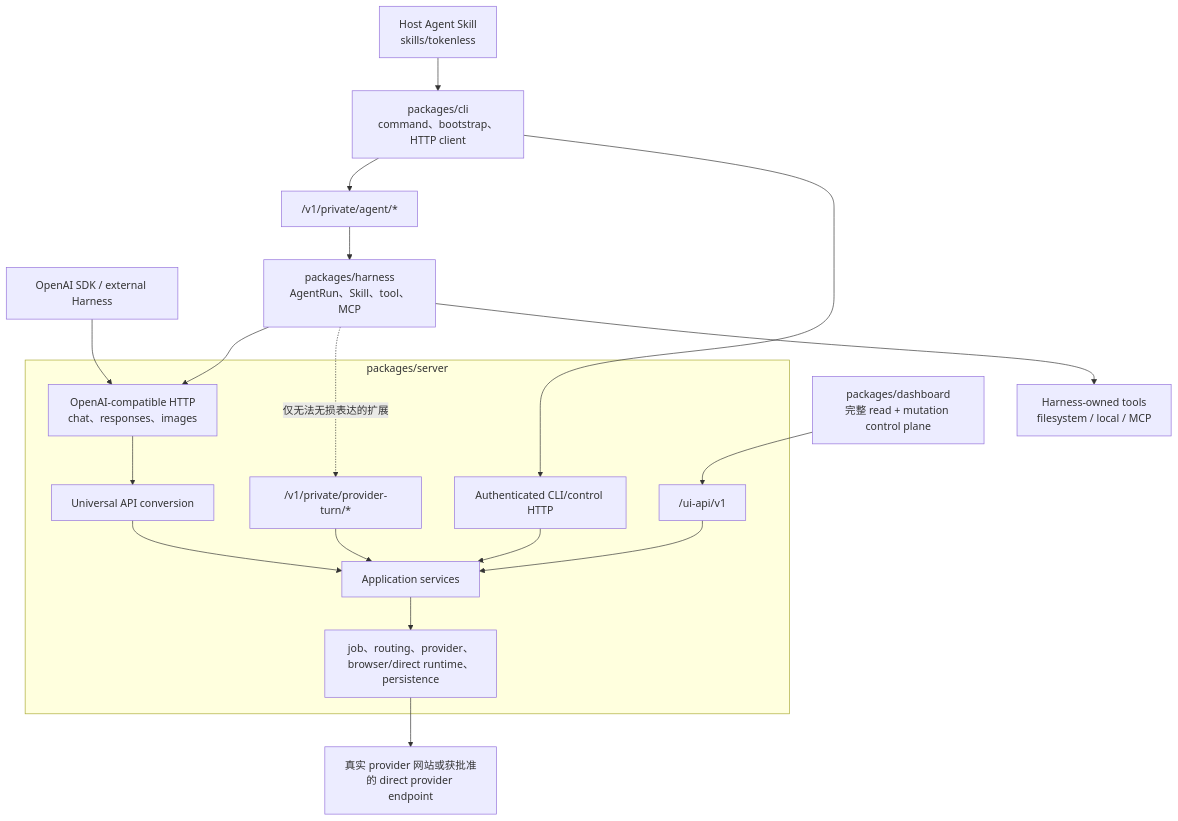
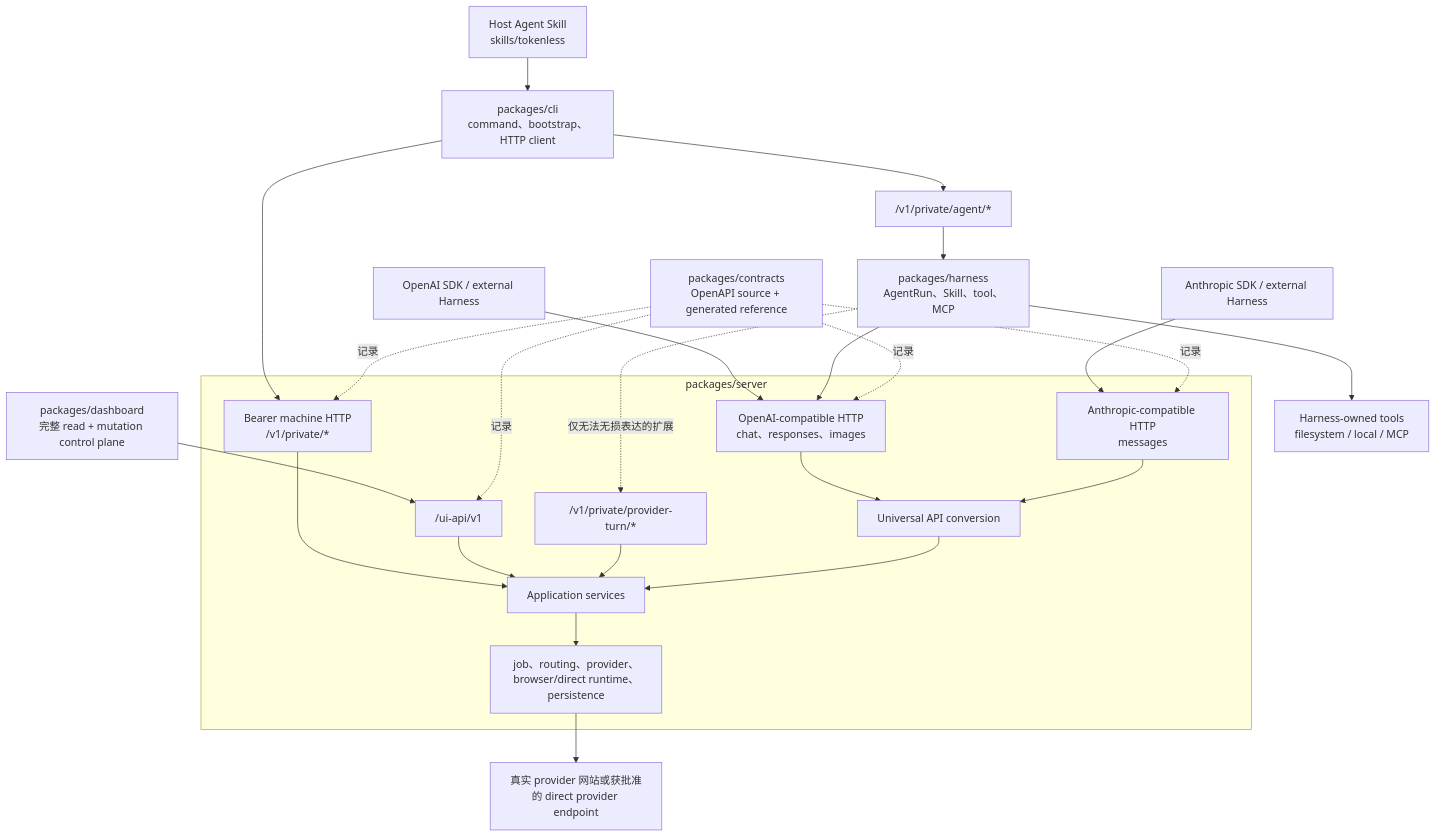
The diagram in docs/architecture.zh-CN.md (jazelly/tokenless), drawn with Mermaid before and after one commit. The commit also changed other lines of this file and 75 other files, not shown here.

Commit message:
refactor(api): isolate contracts and private machine routes

````diff
--- a/docs/architecture.zh-CN.md
+++ b/docs/architecture.zh-CN.md
@@ -9,26 +9,33 @@
 ```mermaid
 flowchart TB
   Skill["Host Agent Skill<br/>skills/tokenless"] --> CLI
   CLI["packages/cli<br/>command、bootstrap、HTTP client"] --> AgentAPI["/v1/private/agent/*"]
-  CLI --> Control["Authenticated CLI/control HTTP"]
+  CLI --> Control["Bearer machine HTTP<br/>/v1/private/*"]
   Dashboard["packages/dashboard<br/>完整 read + mutation control plane"] --> UIAPI["/ui-api/v1"]
-  External["OpenAI SDK / external Harness"] --> API["OpenAI-compatible HTTP<br/>chat、responses、images"]
+  OpenAIClient["OpenAI SDK / external Harness"] --> API["OpenAI-compatible HTTP<br/>chat、responses、images"]
+  AnthropicClient["Anthropic SDK / external Harness"] --> Anthropic["Anthropic-compatible HTTP<br/>messages"]
   AgentAPI --> Harness["packages/harness<br/>AgentRun、Skill、tool、MCP"]
   Harness --> API
   Harness -. "仅无法无损表达的扩展" .-> PrivateTurn["/v1/private/provider-turn/*"]
 
   subgraph Server["packages/server"]
     Control --> Application["Application services"]
     UIAPI --> Application
     API --> Universal["Universal API conversion"]
+    Anthropic --> Universal
     PrivateTurn --> Application
     Universal --> Application
     Application --> Provider["job、routing、provider、browser/direct runtime、persistence"]
   end
 
   Browser["真实 provider 网站或获批准的 direct provider endpoint"]
   Tools["Harness-owned tools<br/>filesystem / local / MCP"]
 
   Harness --> Tools
   Provider --> Browser
+
+  Contracts["packages/contracts<br/>OpenAPI source + generated reference"] -. "记录" .-> API
+  Contracts -. "记录" .-> Anthropic
+  Contracts -. "记录" .-> Control
+  Contracts -. "记录" .-> UIAPI
 ```
````
